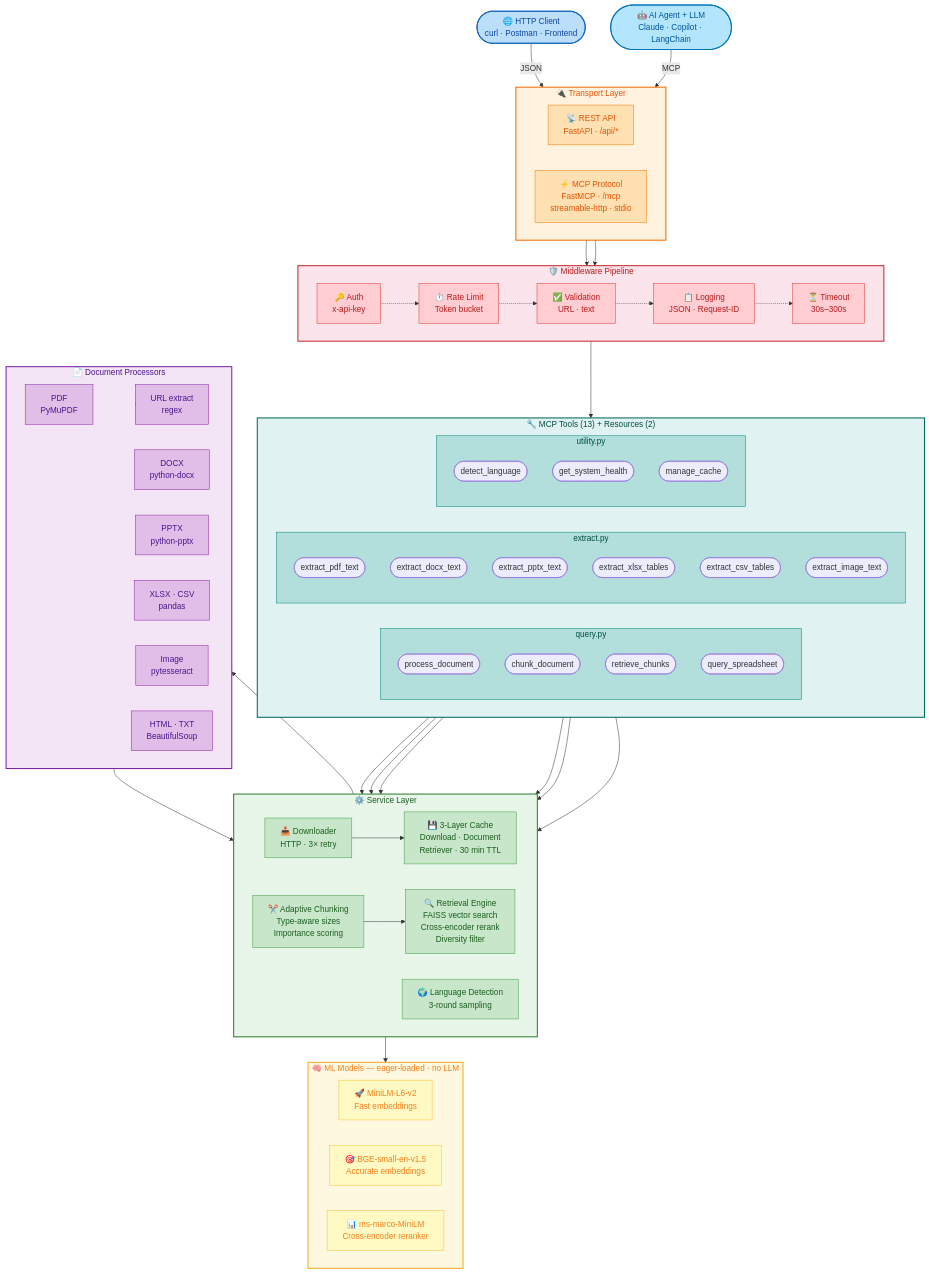
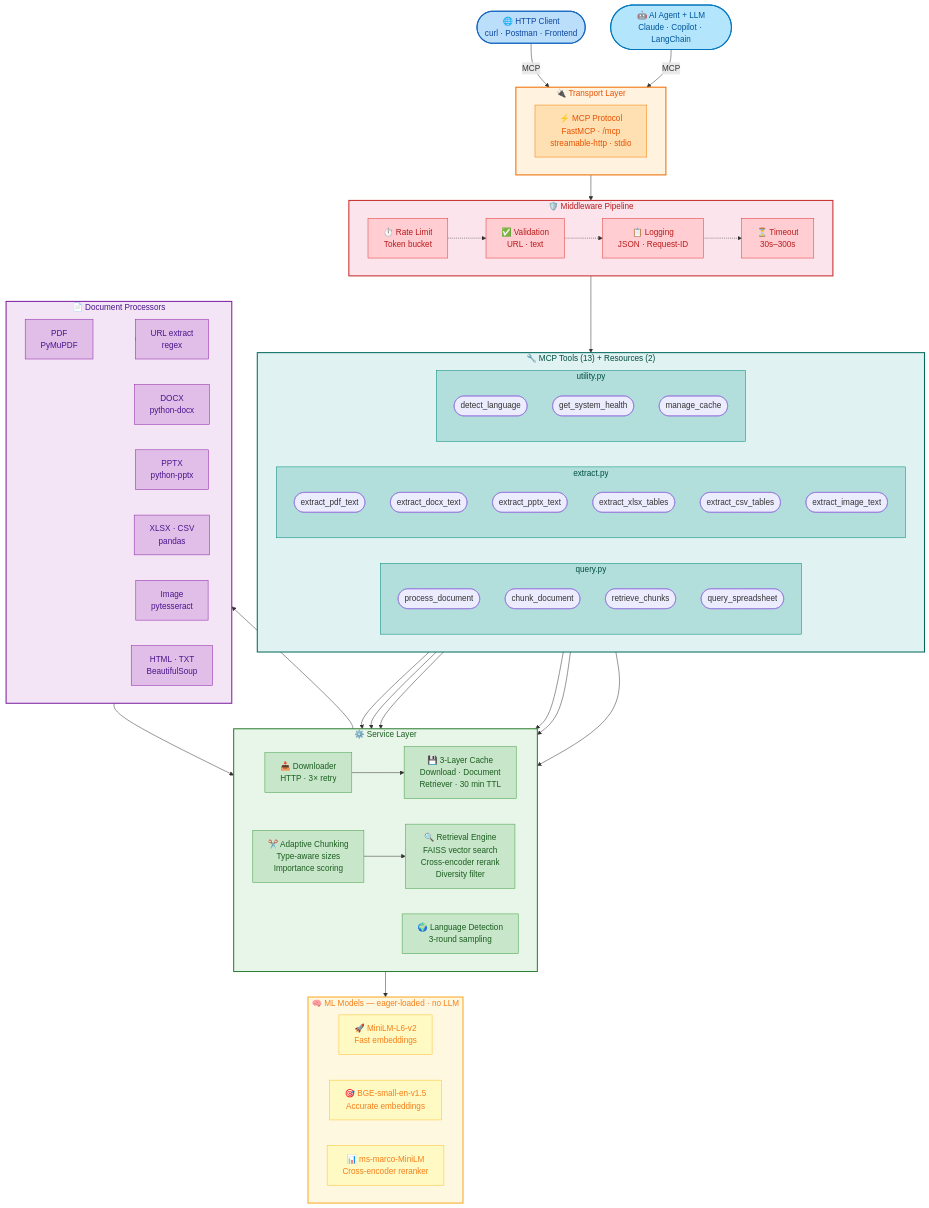
One commit to Vamshi9415/docrag-mcp changed the diagram in README.md. Above: the diagram before and after it, drawn with Mermaid. The commit also changed other lines of this file and 22 other files, not shown here.

Commit message:
removed rest api transport for strict mcp server

```diff
--- a/README.md
+++ b/README.md
@@ -72,14 +69,12 @@
     %% ── Transport ────────────────────────────────────────────────
     subgraph Transport[" 🔌 Transport Layer "]
         direction LR
-        REST["📡 REST API<br/>FastAPI · /api/*"]
         MCP["⚡ MCP Protocol<br/>FastMCP · /mcp<br/>streamable-http · stdio"]
     end
 
     %% ── Middleware ────────────────────────────────────────────────
     subgraph MW[" 🛡️ Middleware Pipeline "]
         direction LR
-        M1["🔑 Auth<br/>x-api-key"]
         M2["⏱️ Rate Limit<br/>Token bucket"]
         M3["✅ Validation<br/>URL · text"]
         M4["📋 Logging<br/>JSON · Request-ID"]
@@ -147,12 +142,11 @@
     end
 
     %% ── Edges ────────────────────────────────────────────────────
-    C1 -- "JSON" --> REST
+    C1 -- "MCP" --> MCP
     C2 -- "MCP" --> MCP
 
-    REST --> MW
     MCP --> MW
-    M1 -.-> M2 -.-> M3 -.-> M4 -.-> M5
+    M2 -.-> M3 -.-> M4 -.-> M5
 
     MW --> ToolsGroup
 
@@ -172,11 +166,9 @@
     style C2 fill:#b3e5fc,stroke:#0277bd,stroke-width:2px,color:#01579b
 
     style Transport fill:#fff3e0,stroke:#ef6c00,stroke-width:2px,color:#e65100
-    style REST fill:#ffe0b2,stroke:#f57c00,stroke-width:1px,color:#e65100
     style MCP fill:#ffe0b2,stroke:#f57c00,stroke-width:1px,color:#e65100
 
     style MW fill:#fce4ec,stroke:#c62828,stroke-width:2px,color:#b71c1c
-    style M1 fill:#ffcdd2,stroke:#e53935,stroke-width:1px,color:#b71c1c
     style M2 fill:#ffcdd2,stroke:#e53935,stroke-width:1px,color:#b71c1c
     style M3 fill:#ffcdd2,stroke:#e53935,stroke-width:1px,color:#b71c1c
     style M4 fill:#ffcdd2,stroke:#e53935,stroke-width:1px,color:#b71c1c
```
